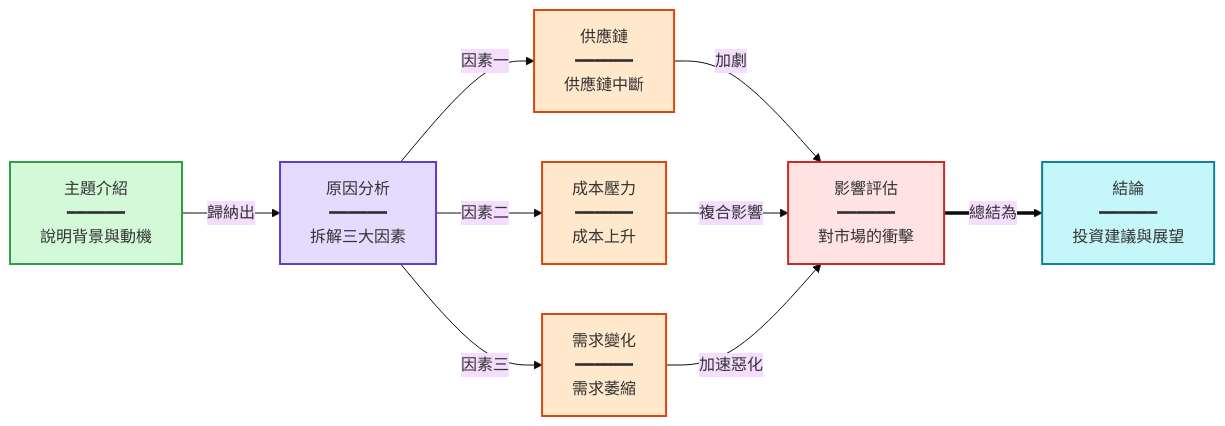
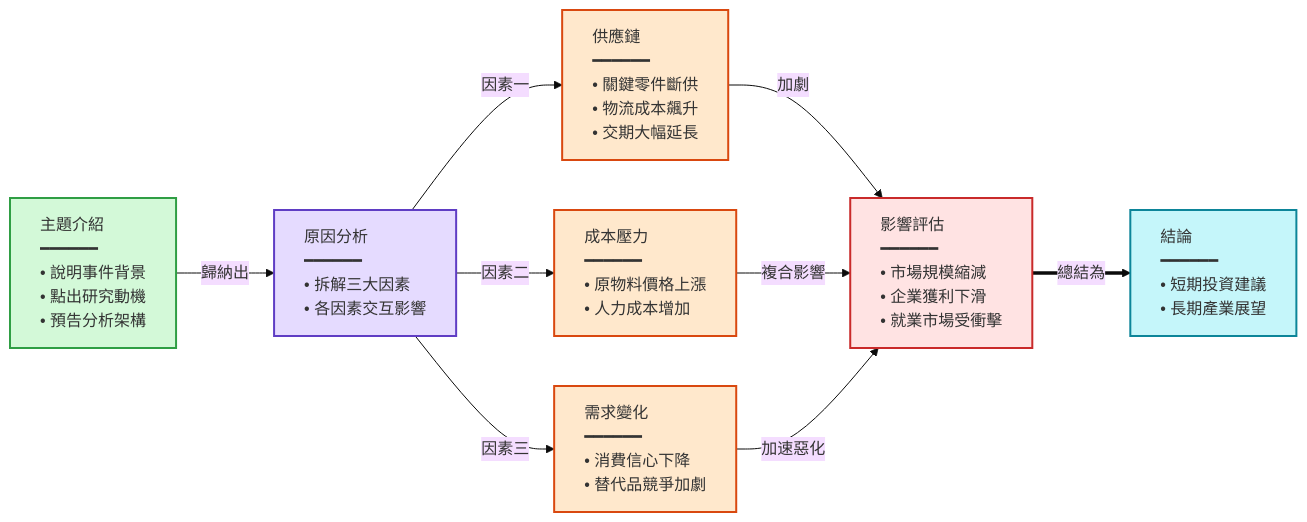
The first of 2 diagrams in prompts/builtin/mermaid-zh-Hant.md (kouko/youtube-summarize-scraper), drawn with Mermaid (base theme) before and after one commit. The commit also changed other lines of this file and 2 other files, not shown here.

First line of the commit message:
feat: mermaid bullet list nodes, left-align, and layout improvements (#36)

````diff
--- a/prompts/builtin/mermaid-zh-Hant.md
+++ b/prompts/builtin/mermaid-zh-Hant.md
@@ -40,18 +41,18 @@
 ```mermaid
 graph LR
-A["主題介紹<br/>━━━━━━<br/>說明背景與動機"] -->|歸納出| B["原因分析<br/>━━━━━━<br/>拆解三大因素"]
-B -->|因素一| C["供應鏈<br/>━━━━━━<br/>供應鏈中斷"]
-B -->|因素二| D["成本壓力<br/>━━━━━━<br/>成本上升"]
-B -->|因素三| E["需求變化<br/>━━━━━━<br/>需求萎縮"]
-C -->|加劇| F["影響評估<br/>━━━━━━<br/>對市場的衝擊"]
+A["<div style='text-align:left'>主題介紹<br/>━━━━━━<br/>• 說明事件背景<br/>• 點出研究動機<br/>• 預告分析架構</div>"] -->|歸納出| B["<div style='text-align:left'>原因分析<br/>━━━━━━<br/>• 拆解三大因素<br/>• 各因素交互影響</div>"]
+B -->|因素一| C["<div style='text-align:left'>供應鏈<br/>━━━━━━<br/>• 關鍵零件斷供<br/>• 物流成本飆升<br/>• 交期大幅延長</div>"]
+B -->|因素二| D["<div style='text-align:left'>成本壓力<br/>━━━━━━<br/>• 原物料價格上漲<br/>• 人力成本增加</div>"]
+B -->|因素三| E["<div style='text-align:left'>需求變化<br/>━━━━━━<br/>• 消費信心下降<br/>• 替代品競爭加劇</div>"]
+C -->|加劇| F["<div style='text-align:left'>影響評估<br/>━━━━━━<br/>• 市場規模縮減<br/>• 企業獲利下滑<br/>• 就業市場受衝擊</div>"]
 D -->|複合影響| F
 E -->|加速惡化| F
-F ==>|總結為| G["結論<br/>━━━━━━<br/>投資建議與展望"]
+F ==>|總結為| G["<div style='text-align:left'>結論<br/>━━━━━━<br/>• 短期投資建議<br/>• 長期產業展望</div>"]
 style A fill:#d3f9d8,stroke:#2f9e44,stroke-width:2px
 style B fill:#e5dbff,stroke:#5f3dc4,stroke-width:2px
 style C fill:#ffe8cc,stroke:#d9480f,stroke-width:2px
 style D fill:#ffe8cc,stroke:#d9480f,stroke-width:2px
 style E fill:#ffe8cc,stroke:#d9480f,stroke-width:2px
 style F fill:#ffe3e3,stroke:#c92a2a,stroke-width:2px
 style G fill:#c5f6fa,stroke:#0c8599,stroke-width:2px
 ```
````
